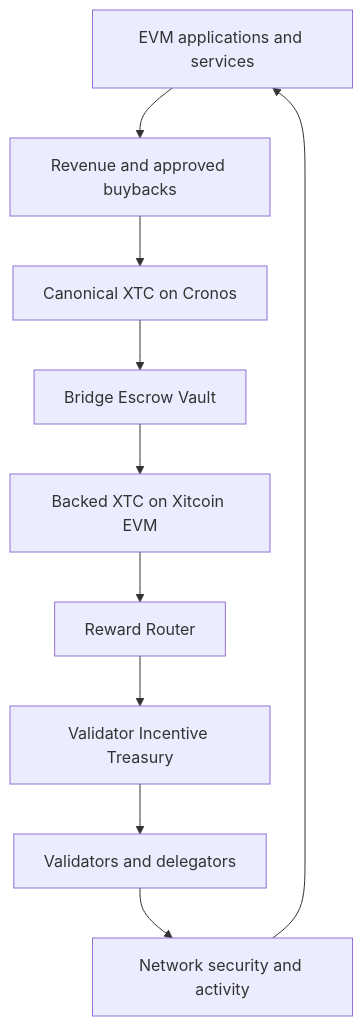
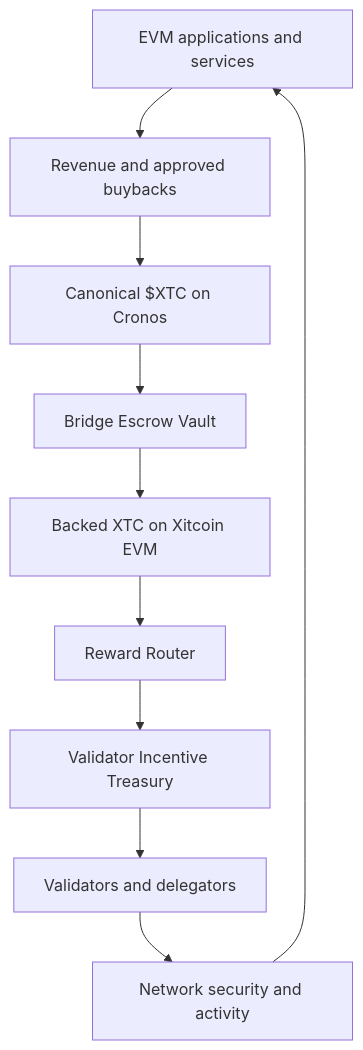
The diagram in staking/validator-incentives.md (xitcoin-org/guide), drawn with Mermaid before and after one commit. The commit also changed other lines of this file and 10 other files, not shown here.

````diff
--- a/staking/validator-incentives.md
+++ b/staking/validator-incentives.md
@@ -79,12 +79,12 @@
 ```mermaid
 flowchart TD
     A["EVM applications and services"] --> B["Revenue and approved buybacks"]
-    B --> C["Canonical XTC on Cronos"]
+    B --> C["Canonical $XTC on Cronos"]
     C --> D["Bridge Escrow Vault"]
     D --> E["Backed XTC on Xitcoin EVM"]
     E --> F["Reward Router"]
     F --> G["Validator Incentive Treasury"]
     G --> H["Validators and delegators"]
     H --> I["Network security and activity"]
     I --> A
 ```
````
